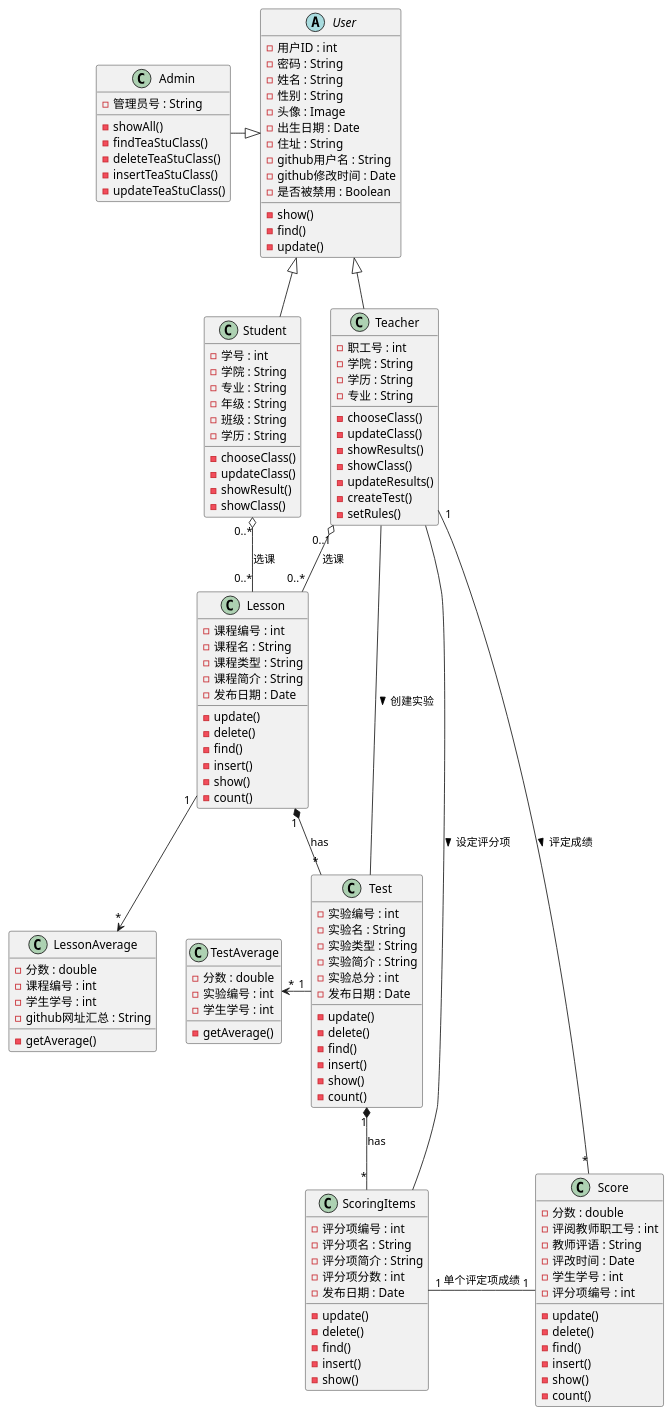
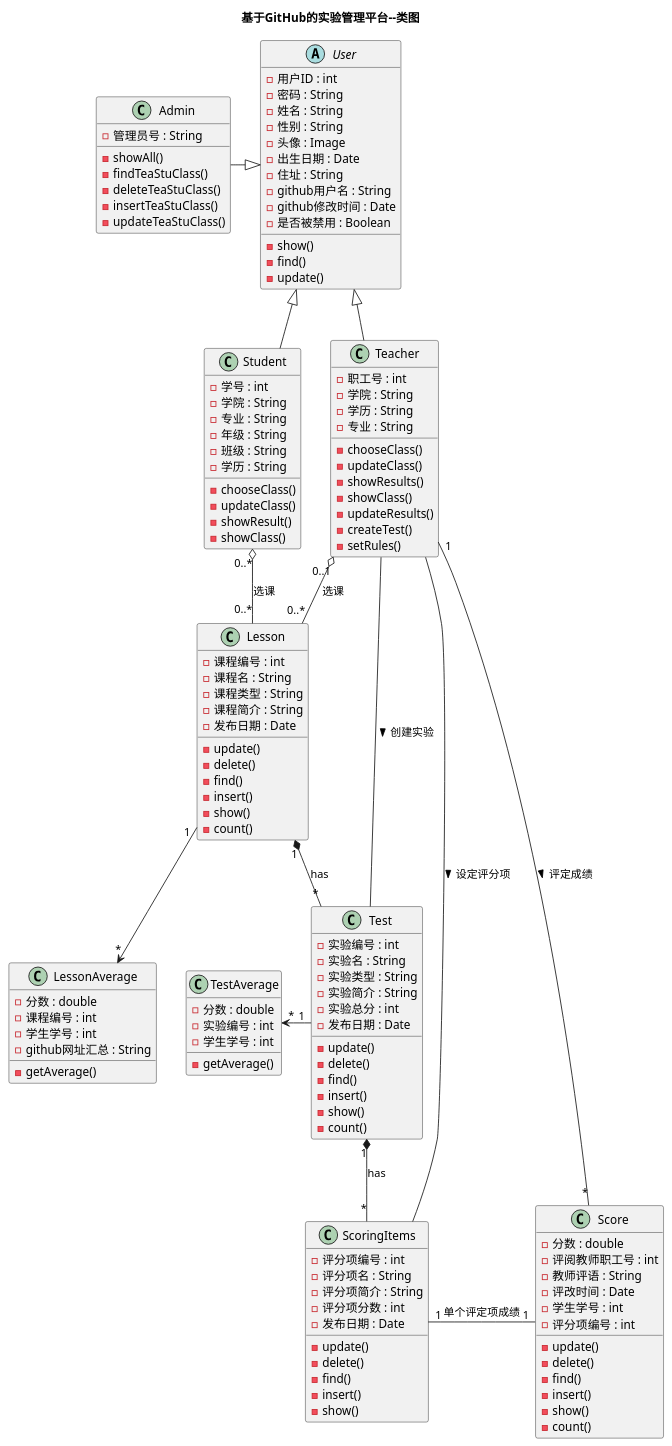
One commit to mzy1997/is_analysis changed the diagram in test6/src/systemClass.puml. Above: the diagram before and after it, drawn with PlantUML. The commit also changed 3 other files, not shown here.

```diff
--- a/test6/src/systemClass.puml
+++ b/test6/src/systemClass.puml
@@ -1,142 +1,142 @@
 @startuml
-
+title 基于GitHub的实验管理平台--类图
 abstract class User{
 -用户ID : int
 -密码 : String
 -姓名 : String
 -性别 : String
 -头像 : Image
 -出生日期 : Date
 -住址 : String
 -github用户名 : String
 -github修改时间 : Date
 -是否被禁用 : Boolean
 -show()
 -find()
 -update()
 }
 
 class Admin{
 -管理员号 : String
 -showAll()
 -findTeaStuClass()
 -deleteTeaStuClass()
 -insertTeaStuClass()
 -updateTeaStuClass()
 }
 
 class Student{
 -学号 : int
 -学院 : String
 -专业 : String
 -年级 : String
 -班级 : String
 -学历 : String
 -chooseClass()
 -updateClass()
 -showResult()
 -showClass()
 }
 
 class Teacher{
 -职工号 : int
 -学院 : String
 -学历 : String
 -专业 : String
 -chooseClass()
 -updateClass()
 -showResults()
 -showClass()
 -updateResults()
 -createTest()
 -setRules()
 }
 
 User <|-- Student
 User <|-- Teacher
 User <|-left- Admin
 
 class Lesson{
 -课程编号 : int
 -课程名 : String
 -课程类型 : String
 -课程简介 : String
 -发布日期 : Date
 -update()
 -delete()
 -find()
 -insert()
 -show()
 -count()
 }
 
 class Test{
 -实验编号 : int
 -实验名 : String
 -实验类型 : String
 -实验简介 : String
 -实验总分 : int
 -发布日期 : Date
 -update()
 -delete()
 -find()
 -insert()
 -show()
 -count()
 }
 
 class ScoringItems{
 -评分项编号 : int
 -评分项名 : String
 -评分项简介 : String
 -评分项分数 : int
 -发布日期 : Date
 -update()
 -delete()
 -find()
 -insert()
 -show()
 }
 
 Teacher "0..1" o-- "0..*" Lesson:选课
 Student "0..*" o--"0..*" Lesson:选课
 Lesson "1" *--"*" Test:has
 Test "1" *--"*" ScoringItems:has
 Teacher -- Test:创建实验 >
 Teacher -- ScoringItems:设定评分项 >
 
 
 class Score{
 -分数 : double
 -评阅教师职工号 : int
 -教师评语 : String
 -评改时间 : Date
 -学生学号 : int
 -评分项编号 : int
 -update()
 -delete()
 -find()
 -insert()
 -show()
 -count()
 }
 
 class TestAverage{
 -分数 : double
 -实验编号 : int
 -学生学号 : int
 -getAverage()
 }
 
 class LessonAverage{
 -分数 : double
 -课程编号 : int
 -学生学号 : int
 -github网址汇总 : String
 -getAverage()
 }
 ScoringItems "1"-right-"1" Score:单个评定项成绩
 Teacher "1"--"*" Score:评定成绩 >
 Test "1" -left->"*" TestAverage
 Lesson "1" -->"*" LessonAverage
 @enduml
```
